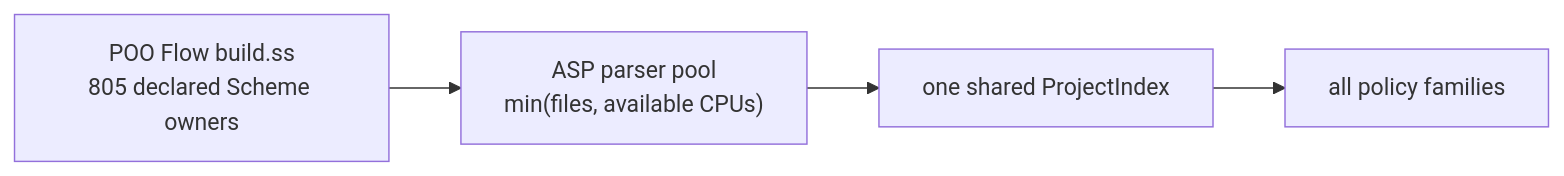
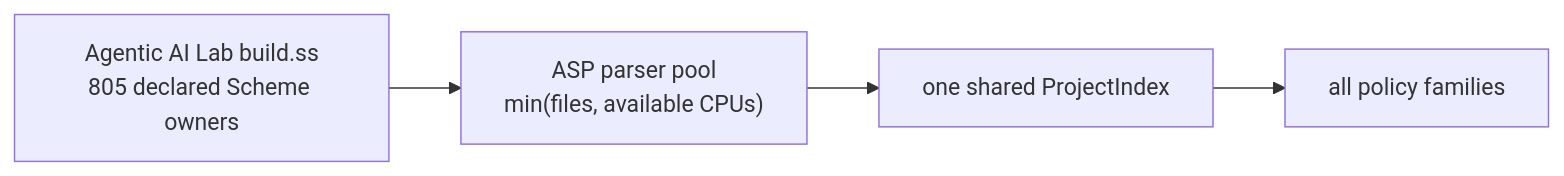
One commit to tao3k/gebril-yuanxu changed the second of 2 diagrams in module-system/design/82-type-contract-performance-benchmarks.org. Above: the diagram before and after it, drawn with Mermaid. The commit also changed other lines of this file and 507 other files, not shown here.

```diff
--- a/module-system/design/82-type-contract-performance-benchmarks.org
+++ b/module-system/design/82-type-contract-performance-benchmarks.org
@@ -245,9 +245,9 @@
 #+begin_src mermaid
 flowchart LR
-  Build["POO Flow build.ss\n805 declared Scheme owners"]
+  Build["Agentic AI Lab build.ss\n805 declared Scheme owners"]
   Pool["ASP parser pool\nmin(files, available CPUs)"]
   Index["one shared ProjectIndex"]
   Policy["all policy families"]
 
   Build --> Pool --> Index --> Policy
 #+end_src
```
